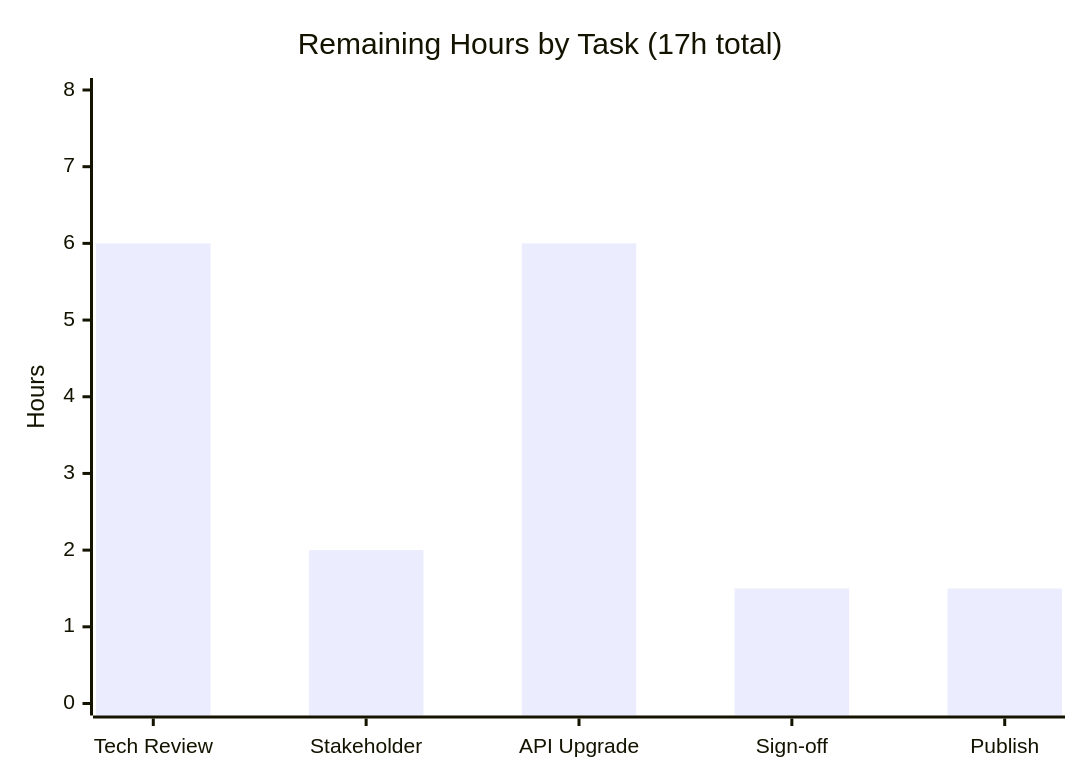
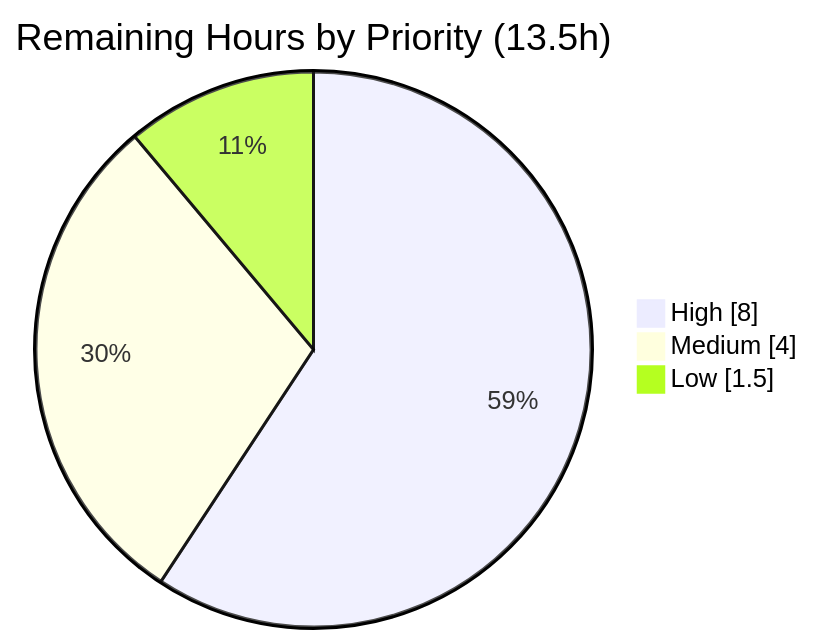
Before and after one commit to Blitzy-Sandbox/blitzy-cal: the third of 3 diagrams in blitzy/documentation/Project Guide.md, drawn with Mermaid. The commit also changed other lines of this file, not shown here.

Commit message:
Adding Blitzy Project Guide: Project Status and Human Tasks Remaining

````diff
--- a/blitzy/documentation/Project Guide.md
+++ b/blitzy/documentation/Project Guide.md
@@ -210,7 +220,6 @@
 ```mermaid
-xychart-beta
-    title "Remaining Hours by Task (17h total)"
-    x-axis ["Tech Review", "Stakeholder", "API Upgrade", "Sign-off", "Publish"]
-    y-axis "Hours" 0 --> 8
-    bar [6, 2, 6, 1.5, 1.5]
+pie showData title Remaining Hours by Priority (13.5h)
+    "High" : 8
+    "Medium" : 4
+    "Low" : 1.5
 ```
````
